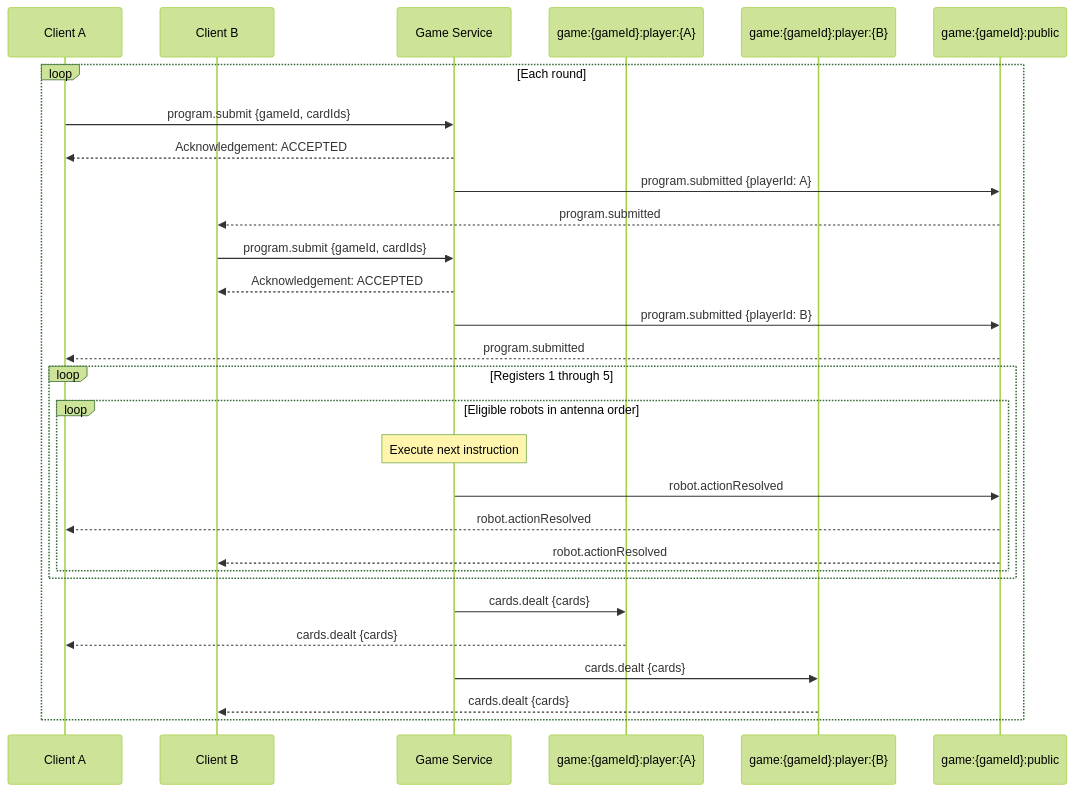
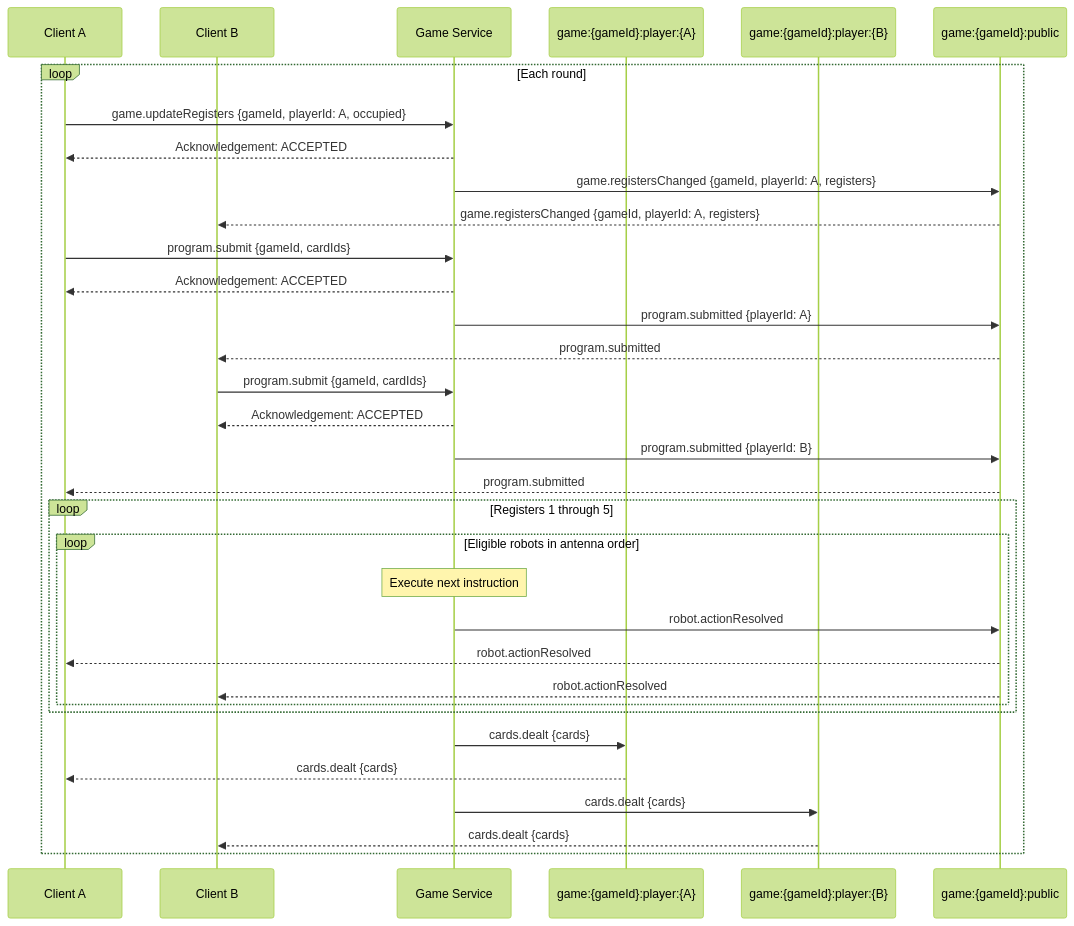
One commit to hananinas/RoboRally changed the fourth of 6 diagrams in docs/Communication.md. Above: the diagram before and after it, drawn with Mermaid (forest theme). The commit also changed other lines of this file and 2 other files, not shown here.

First line of the commit message:
Contract: show other players' registers (#143) (#148)

````diff
--- a/docs/Communication.md
+++ b/docs/Communication.md
@@ -216,34 +230,38 @@
 ```mermaid
 sequenceDiagram
     participant A as Client A
     participant B as Client B
     participant Server as Game Service
     participant PrivateA as game:{gameId}:player:{A}
     participant PrivateB as game:{gameId}:player:{B}
     participant Public as game:{gameId}:public
 
     loop Each round
+        A->>Server: game.updateRegisters {gameId, playerId: A, occupied}
+        Server-->>A: Acknowledgement: ACCEPTED
+        Server->>Public: game.registersChanged {gameId, playerId: A, registers}
+        Public-->>B: game.registersChanged {gameId, playerId: A, registers}
         A->>Server: program.submit {gameId, cardIds}
         Server-->>A: Acknowledgement: ACCEPTED
         Server->>Public: program.submitted {playerId: A}
         Public-->>B: program.submitted
 
         B->>Server: program.submit {gameId, cardIds}
         Server-->>B: Acknowledgement: ACCEPTED
         Server->>Public: program.submitted {playerId: B}
         Public-->>A: program.submitted
         loop Registers 1 through 5
             loop Eligible robots in antenna order
                 Note over Server: Execute next instruction
                 Server->>Public: robot.actionResolved
                 Public-->>A: robot.actionResolved
                 Public-->>B: robot.actionResolved
             end
         end
 
         Server->>PrivateA: cards.dealt {cards}
         PrivateA-->>A: cards.dealt {cards}
         Server->>PrivateB: cards.dealt {cards}
         PrivateB-->>B: cards.dealt {cards}
     end
 ```
````
